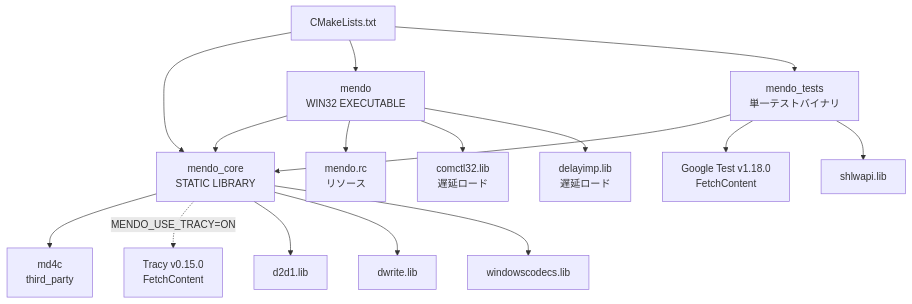
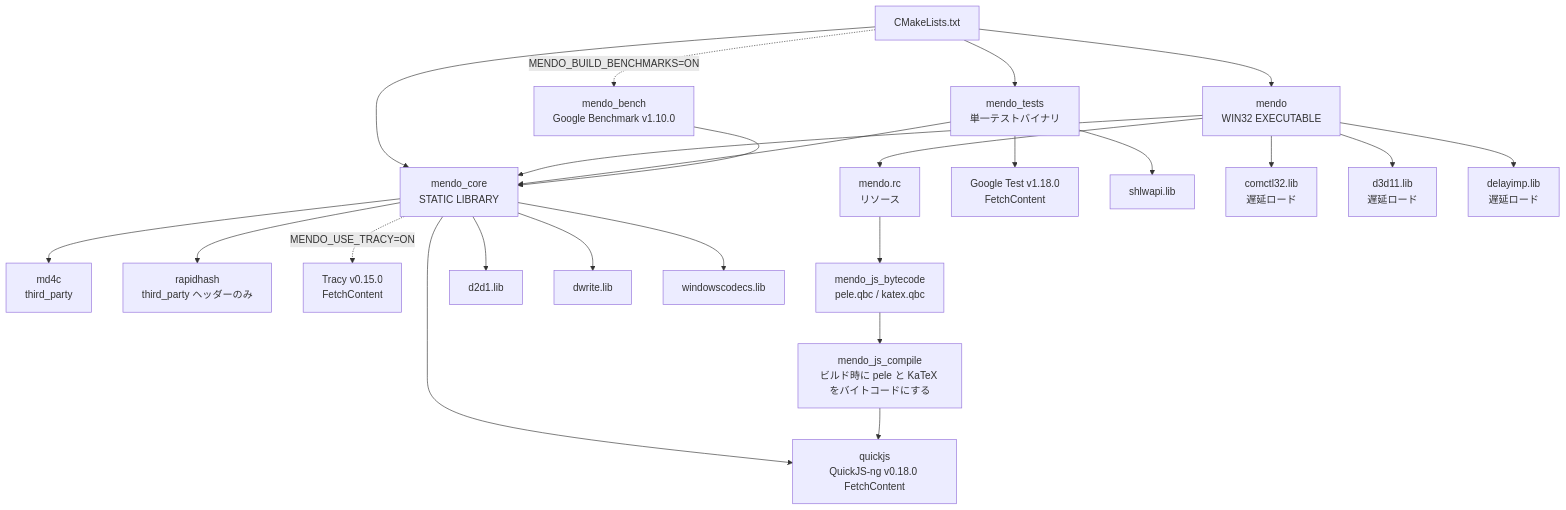
One commit to tanaton/mendo changed diagram 20 of 58 in example/test.md. Above: the diagram before and after it, drawn with Mermaid. The commit also changed other lines of this file and 91 other files, not shown here.

````diff
--- a/example/test.md
+++ b/example/test.md
@@ -3157,20 +3324,28 @@
 ```mermaid
 graph TD
     ROOT[CMakeLists.txt] --> CORE[mendo_core<br>STATIC LIBRARY]
     ROOT --> EXE[mendo<br>WIN32 EXECUTABLE]
     ROOT --> TEST[mendo_tests<br>単一テストバイナリ]
+    ROOT -.->|MENDO_BUILD_BENCHMARKS=ON| BENCH[mendo_bench<br>Google Benchmark v1.10.0]
 
     CORE --> MD4C[md4c<br>third_party]
+    CORE --> QJS[quickjs<br>QuickJS-ng v0.18.0 FetchContent]
+    CORE --> RAPID[rapidhash<br>third_party ヘッダーのみ]
     CORE -.->|MENDO_USE_TRACY=ON| TRACY[Tracy v0.15.0<br>FetchContent]
     EXE --> CORE
     EXE --> RC[mendo.rc<br>リソース]
+    RC --> JSB[mendo_js_bytecode<br>pele.qbc / katex.qbc]
+    JSB --> JSC[mendo_js_compile<br>ビルド時に pele と KaTeX をバイトコードにする]
+    JSC --> QJS
     TEST --> CORE
     TEST --> GTEST[Google Test v1.18.0<br>FetchContent]
     TEST --> SHLWAPI[shlwapi.lib]
+    BENCH --> CORE
 
     CORE --> D2D1[d2d1.lib]
     CORE --> DWRITE[dwrite.lib]
     CORE --> WIC_LIB[windowscodecs.lib]
     EXE --> COMCTL[comctl32.lib<br>遅延ロード]
+    EXE --> D3D11[d3d11.lib<br>遅延ロード]
     EXE --> DELAY[delayimp.lib<br>遅延ロード]
 ```
````
